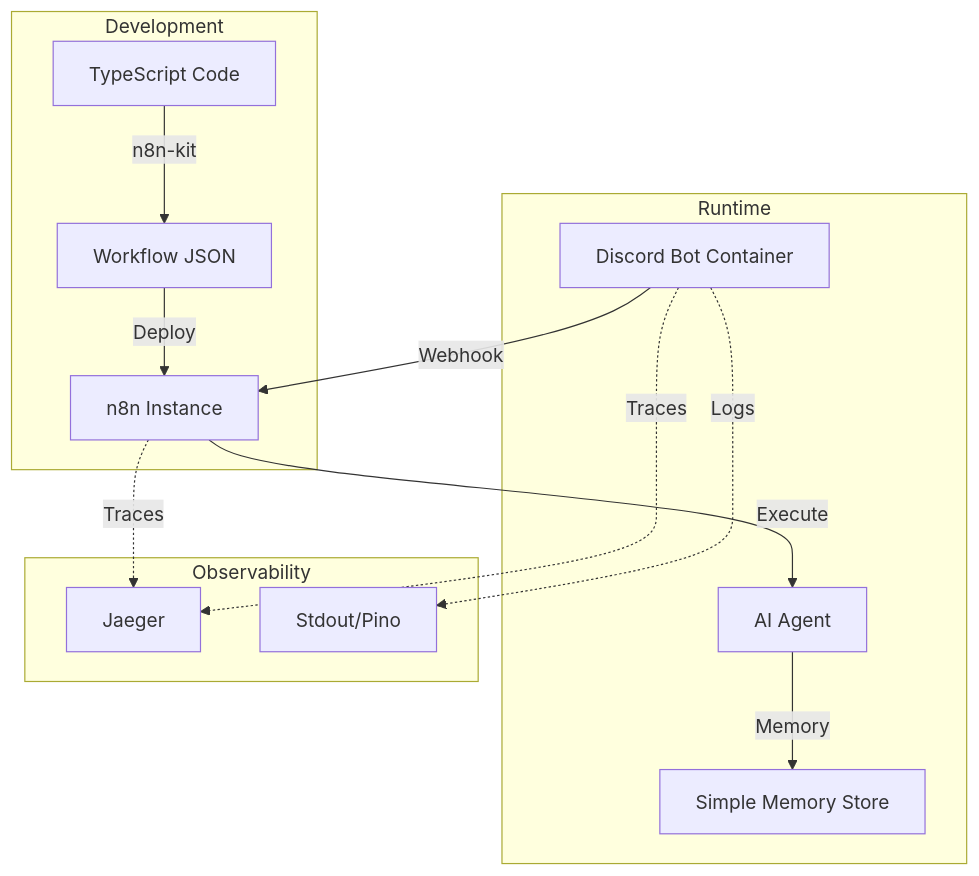
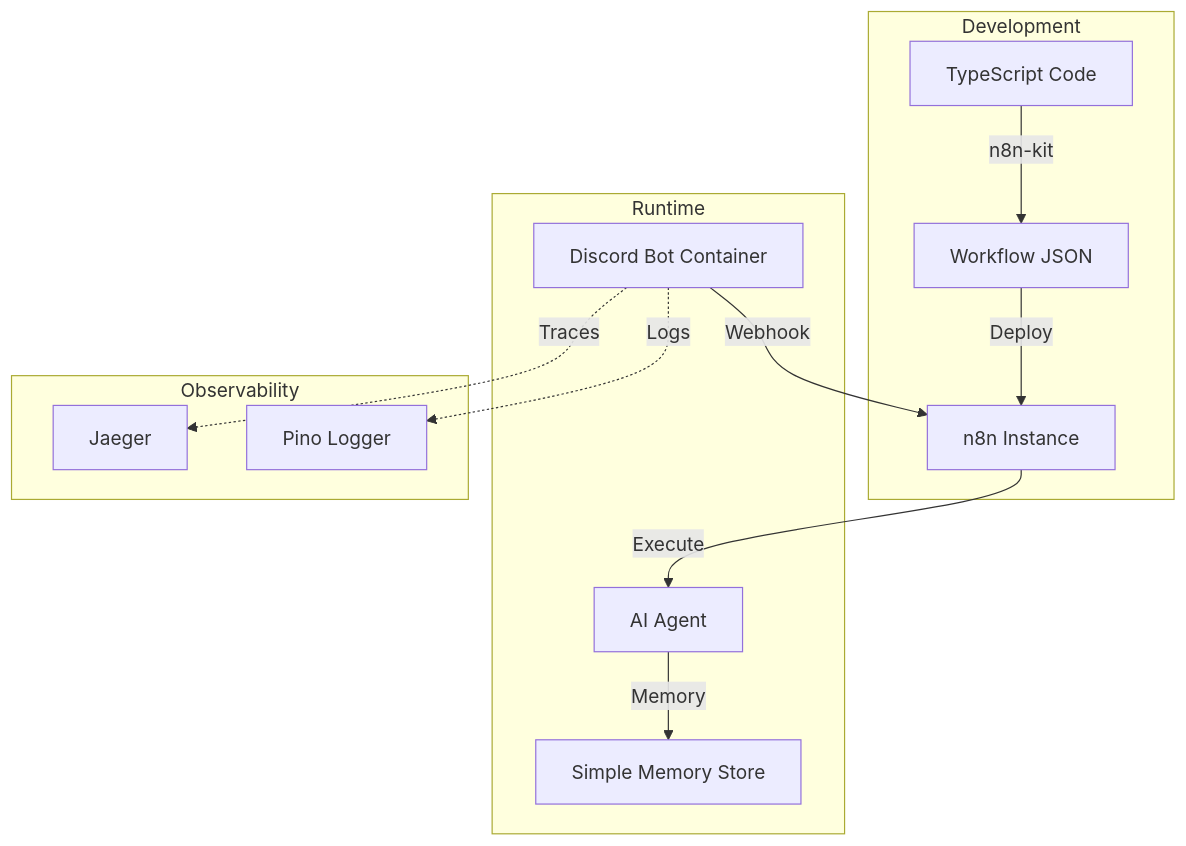
Before and after one commit to pwarnock/discord-ai-platform: the third of 3 diagrams in README.md, drawn with Mermaid. The commit also changed other lines of this file, not shown here.

Commit message:
Fix architecture diagrams - only Discord bot sends traces to Jaeger

````diff
--- a/README.md
+++ b/README.md
@@ -53,19 +50,18 @@
 ```mermaid
 graph TB
     subgraph "Development"
         A[TypeScript Code] -->|n8n-kit| B[Workflow JSON]
         B -->|Deploy| C[n8n Instance]
     end
     
     subgraph "Runtime"
         D[Discord Bot Container] -->|Webhook| C
         C -->|Execute| E[AI Agent]
         E -->|Memory| F[Simple Memory Store]
     end
     
     subgraph "Observability"
         D -.->|Traces| G[Jaeger]
-        C -.->|Traces| G
-        D -.->|Logs| H[Stdout/Pino]
+        D -.->|Logs| H[Pino Logger]
     end
 ```
````
